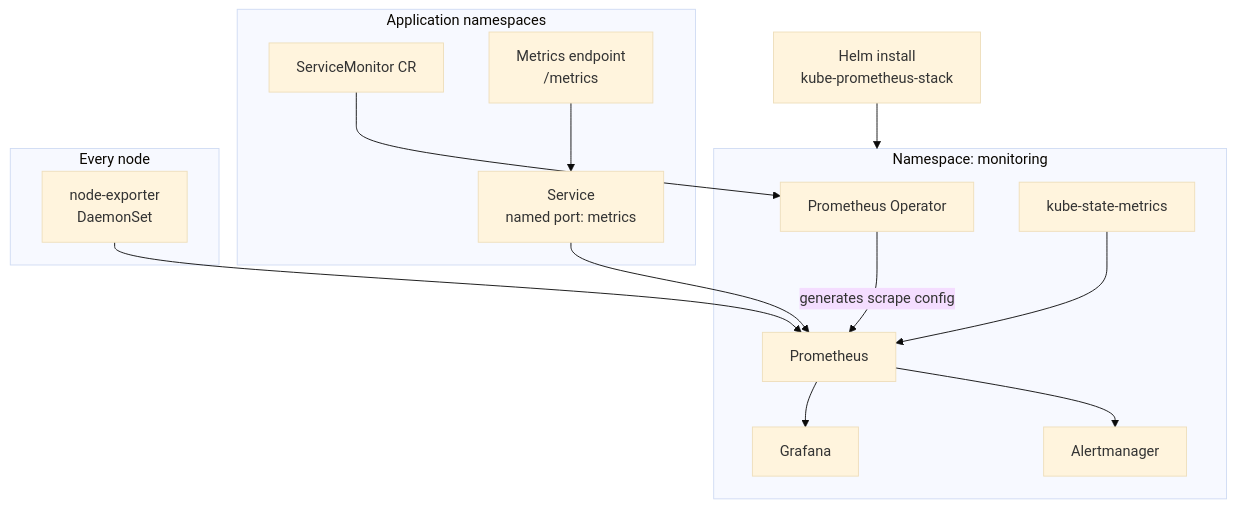
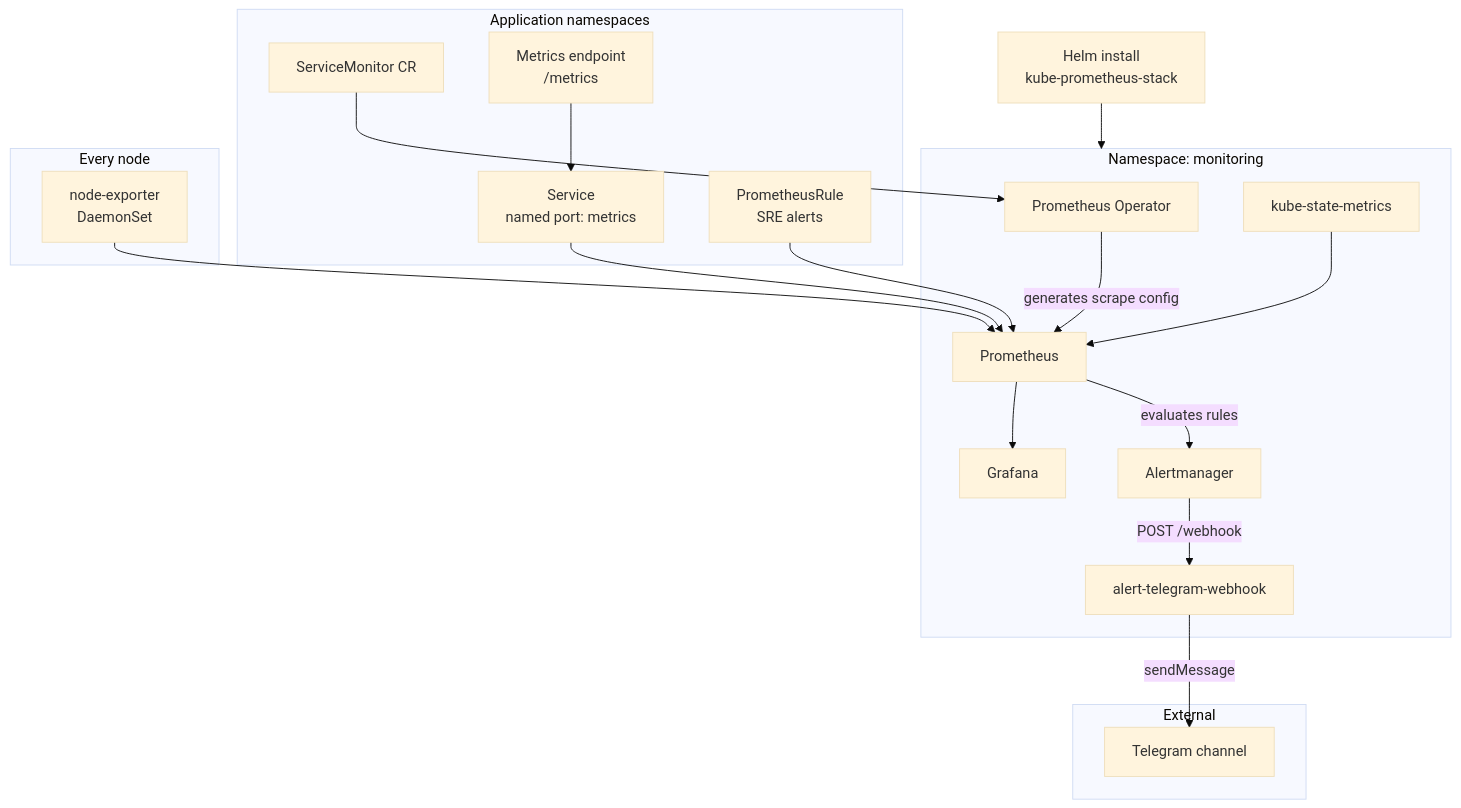
One commit to maleki-it/forge changed the diagram in Observability/README.md. Above: the diagram before and after it, drawn with Mermaid (base theme). The commit also changed other lines of this file and 16 other files, not shown here.

````diff
--- a/Observability/README.md
+++ b/Observability/README.md
@@ -22,30 +23,39 @@
 ```mermaid
 flowchart TB
     subgraph Apps["Application namespaces"]
         SM["ServiceMonitor CR"]
         Svc["Service<br/>named port: metrics"]
         Exporter["Metrics endpoint<br/>/metrics"]
+        Rules["PrometheusRule<br/>SRE alerts"]
     end
 
     subgraph Monitoring["Namespace: monitoring"]
         Op["Prometheus Operator"]
         Prom["Prometheus"]
         Graf["Grafana"]
         AM["Alertmanager"]
+        WH["alert-telegram-webhook"]
         KSM["kube-state-metrics"]
+    end
+
+    subgraph External["External"]
+        TG["Telegram channel"]
     end
 
     subgraph Cluster["Every node"]
         NE["node-exporter<br/>DaemonSet"]
     end
 
     Helm["Helm install<br/>kube-prometheus-stack"] --> Monitoring
     SM --> Op
     Op -->|"generates scrape config"| Prom
+    Rules --> Prom
     Svc --> Prom
     Exporter --> Svc
     NE --> Prom
     KSM --> Prom
     Prom --> Graf
-    Prom --> AM
+    Prom -->|"evaluates rules"| AM
+    AM -->|"POST /webhook"| WH
+    WH -->|"sendMessage"| TG
 ```
````
